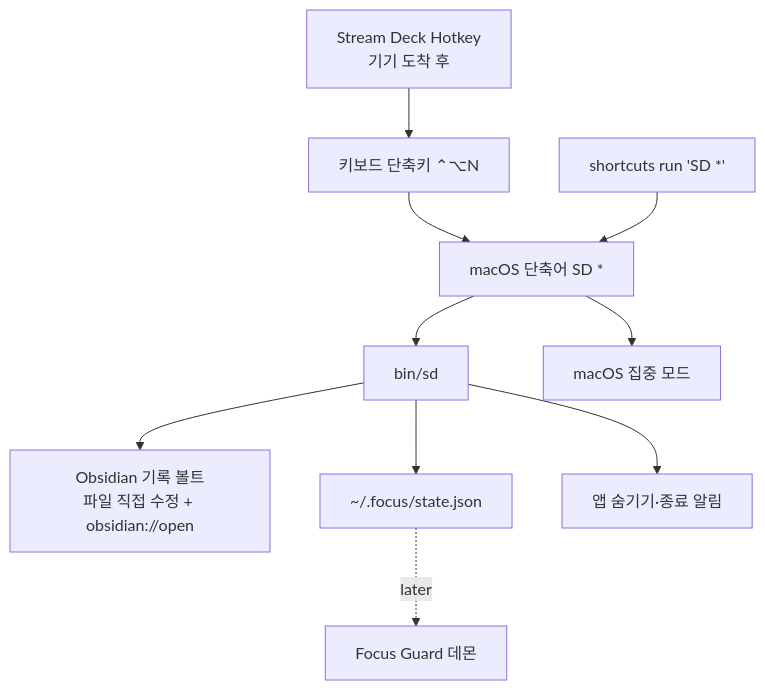
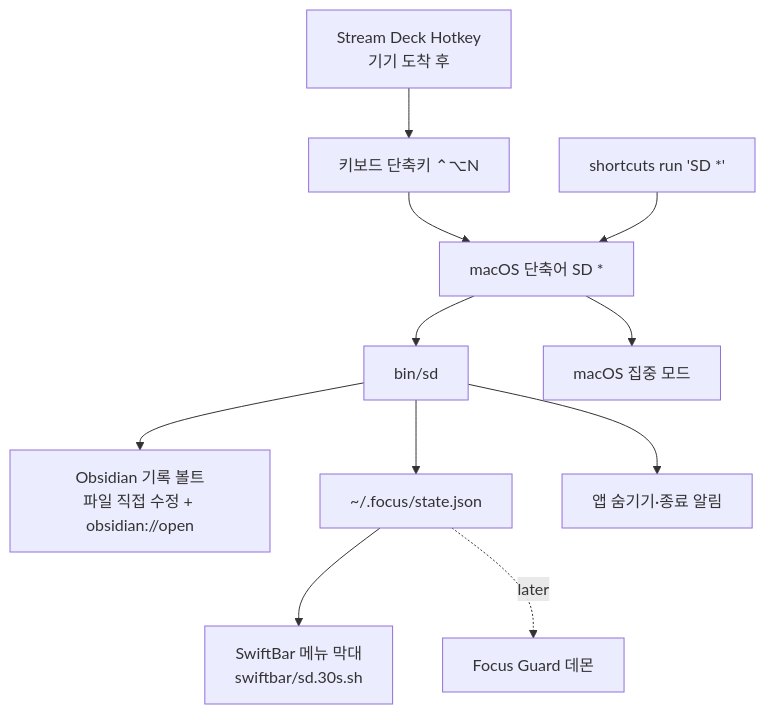
One commit to RRoundTable/streaming-deck changed the diagram in docs/ARCHITECTURE.md. Above: the diagram before and after it, drawn with Mermaid. The commit also changed other lines of this file, not shown here.

First line of the commit message:
ADR-001: 딥 블록 표시에 SwiftBar 메뉴 막대 사용

````diff
--- a/docs/ARCHITECTURE.md
+++ b/docs/ARCHITECTURE.md
@@ -7,12 +7,13 @@
 ```mermaid
 flowchart TD
     K[키보드 단축키 ⌃⌥N] --> S[macOS 단축어 SD *]
     SD[Stream Deck Hotkey<br/>기기 도착 후] --> K
     CLI[shortcuts run 'SD *'] --> S
     S --> B[bin/sd]
     B --> O[Obsidian 기록 볼트<br/>파일 직접 수정 + obsidian://open]
     B --> F[~/.focus/state.json]
     S --> M[macOS 집중 모드]
     B --> N[앱 숨기기·종료 알림]
+    F --> W[SwiftBar 메뉴 막대<br/>swiftbar/sd.30s.sh]
     F -.later.-> G[Focus Guard 데몬]
 ```
````
